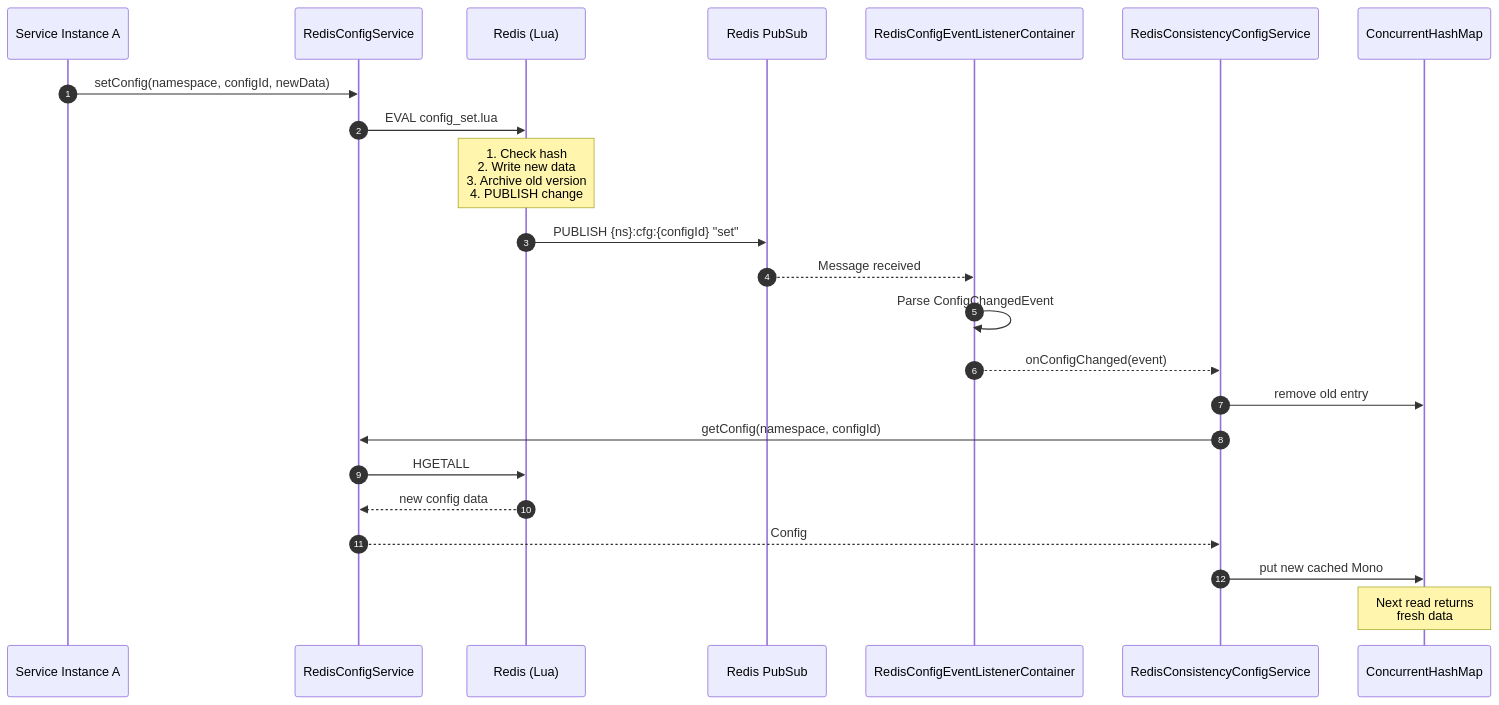
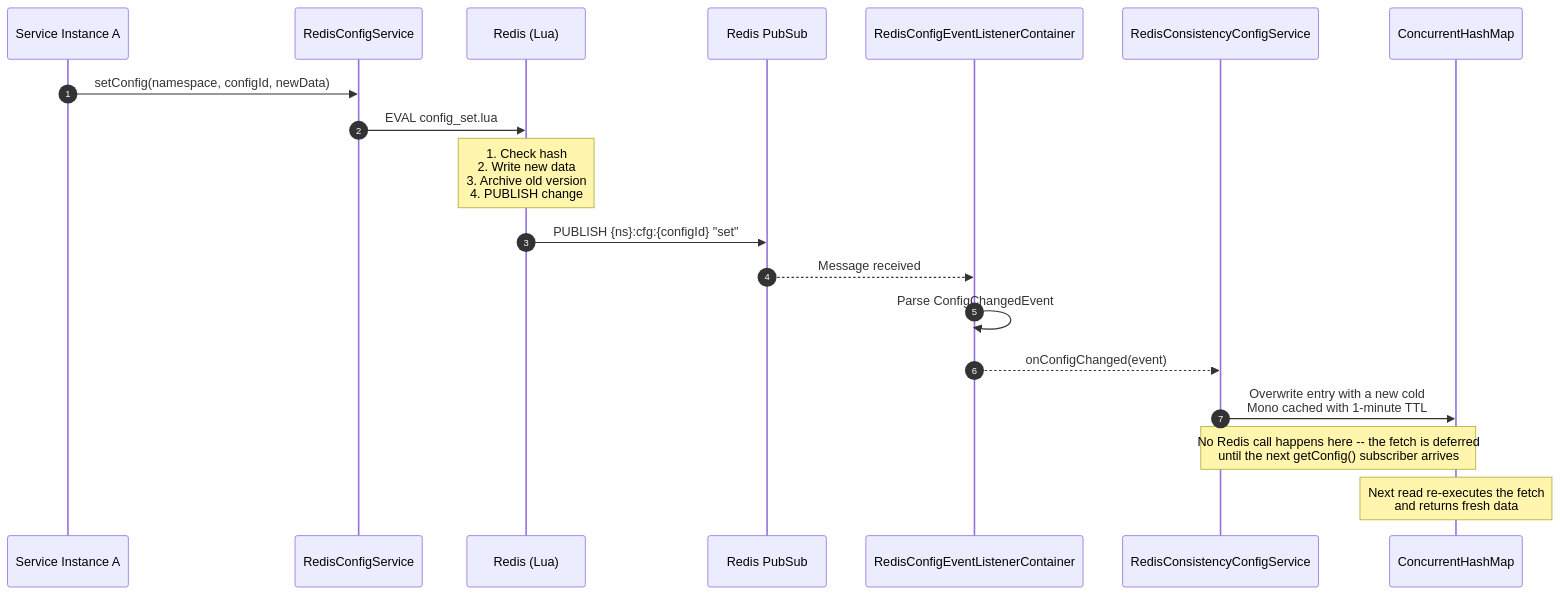
Before and after one commit to Ahoo-Wang/CoSky: the fourth of 7 diagrams in wiki/guide/config-consistency.md, drawn with Mermaid. The commit also changed other lines of this file and 36 other files, not shown here.

````diff
--- a/wiki/guide/config-consistency.md
+++ b/wiki/guide/config-consistency.md
@@ -141,27 +141,23 @@
 ```mermaid
 sequenceDiagram
     autonumber
     participant Producer as Service Instance A
     participant RDS as RedisConfigService
     participant Redis as Redis (Lua)
     participant PS as Redis PubSub
     participant Listener as RedisConfigEventListenerContainer
     participant RCS as RedisConsistencyConfigService
     participant Cache as ConcurrentHashMap
 
     Producer->>RDS: setConfig(namespace, configId, newData)
     RDS->>Redis: EVAL config_set.lua
     Note over Redis: 1. Check hash<br>2. Write new data<br>3. Archive old version<br>4. PUBLISH change
     Redis->>PS: PUBLISH {ns}:cfg:{configId} "set"
 
     PS-->>Listener: Message received
     Listener->>Listener: Parse ConfigChangedEvent
     Listener-->>RCS: onConfigChanged(event)
-    RCS->>Cache: remove old entry
-    RCS->>RDS: getConfig(namespace, configId)
-    RDS->>Redis: HGETALL
-    Redis-->>RDS: new config data
-    RDS-->>RCS: Config
-    RCS->>Cache: put new cached Mono
-    Note over Cache: Next read returns<br>fresh data
+    RCS->>Cache: Overwrite entry with a new cold<br>Mono cached with 1-minute TTL
+    Note over RCS,Cache: No Redis call happens here -- the fetch is deferred<br>until the next getConfig() subscriber arrives
+    Note over Cache: Next read re-executes the fetch<br>and returns fresh data
 ```
````
